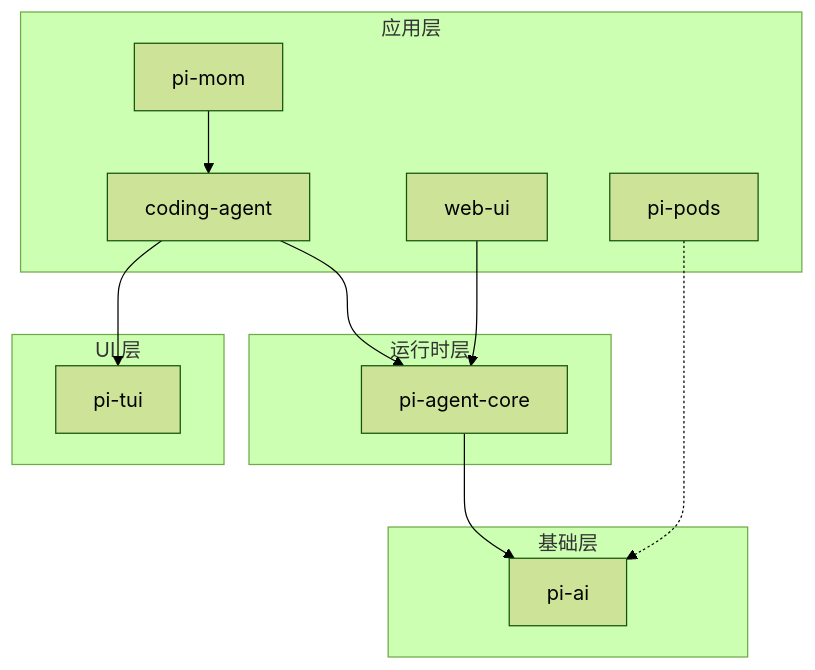
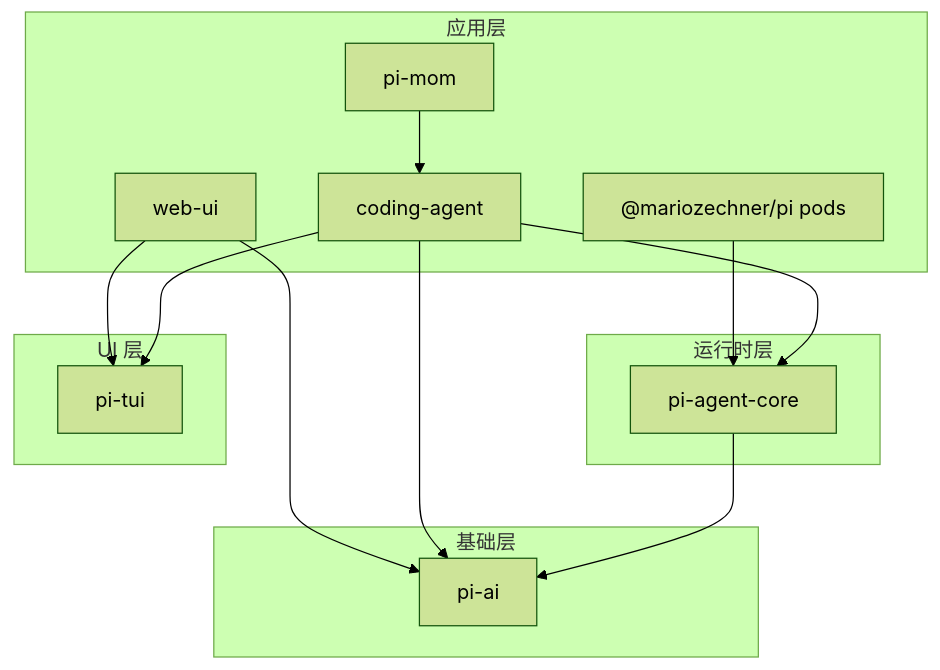
The first of 2 diagrams in pi-mono_docs/00-pi-mono 技术总览.md (teisun/tomcat-agent), drawn with Mermaid (forest theme) before and after one commit. The commit also changed other lines of this file and 43 other files, not shown here.

````diff
--- a/pi-mono_docs/00-pi-mono 技术总览.md
+++ b/pi-mono_docs/00-pi-mono 技术总览.md
@@ -34,24 +68,26 @@
 ```mermaid
 flowchart TB
   subgraph base [基础层]
     ai[pi-ai]
   end
   subgraph runtime [运行时层]
     agent[pi-agent-core]
   end
   subgraph apps [应用层]
     coding[coding-agent]
     webui[web-ui]
     mom[pi-mom]
-    pods[pi-pods]
+    podsPkg["@mariozechner/pi pods"]
   end
   subgraph ui [UI 层]
     tui[pi-tui]
   end
   agent --> ai
   coding --> agent
+  coding --> ai
   coding --> tui
-  webui --> agent
+  webui --> ai
+  webui --> tui
   mom --> coding
-  pods -.-> ai
+  podsPkg --> agent
 ```
````
